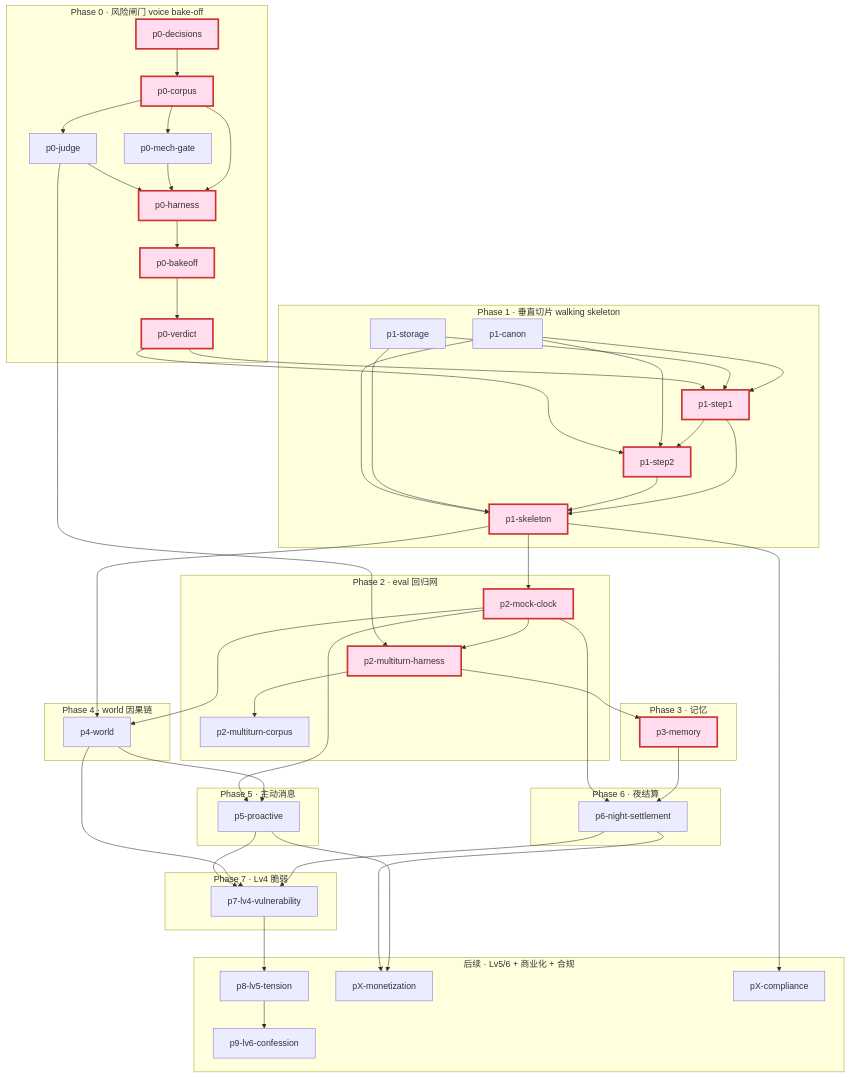
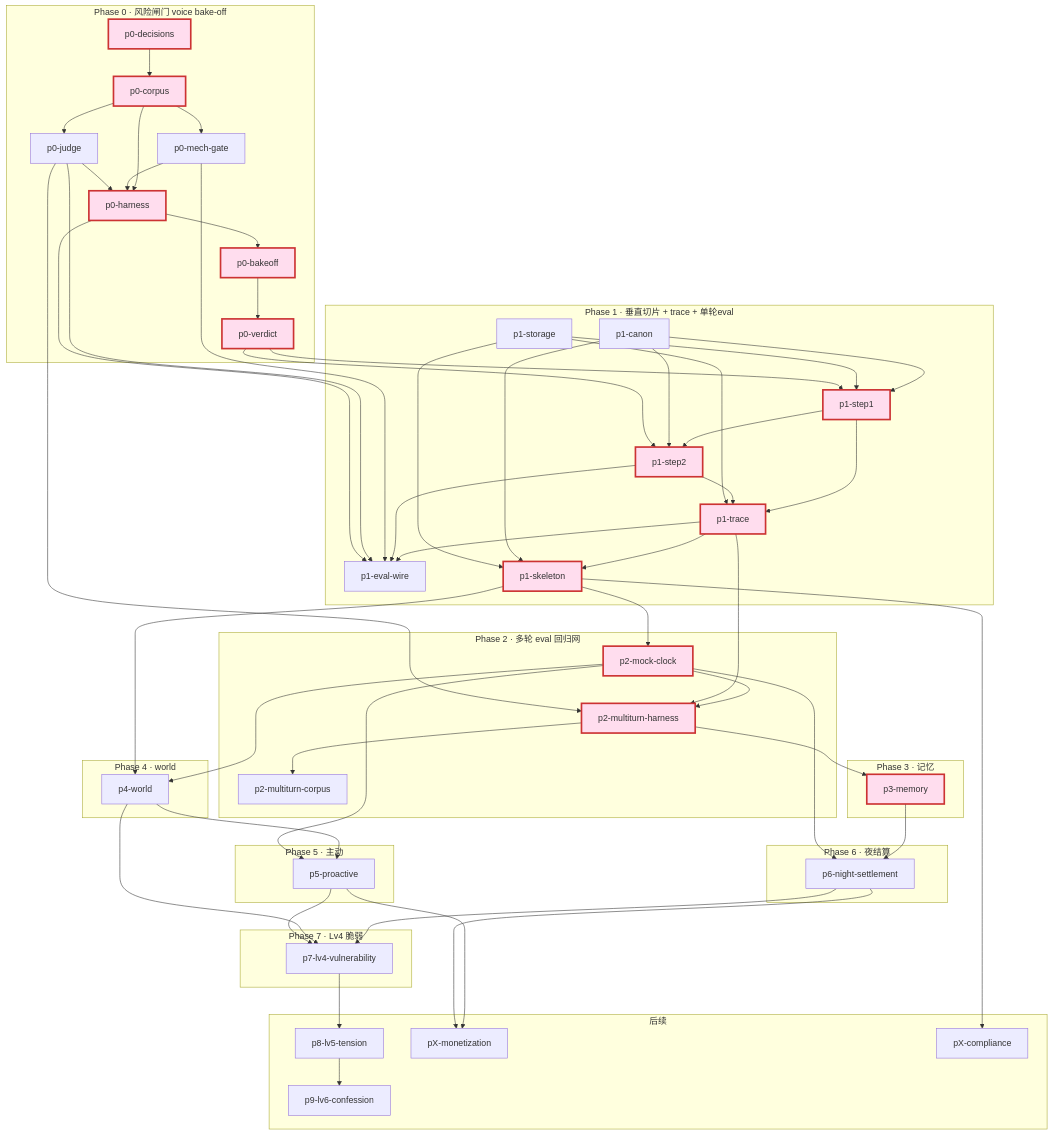
The diagram in tasks/todo.md (Leonxu6/Wren), drawn with Mermaid before and after one commit. The commit also changed other lines of this file and 3 other files, not shown here.

First line of the commit message:
docs: 每阶段验收 + 端到端样例对话 + eval 集 + trace(前移到 Phase 1)

````diff
--- a/tasks/todo.md
+++ b/tasks/todo.md
@@ -196,54 +204,50 @@
 ```mermaid
 graph TD
   subgraph P0[Phase 0 · 风险闸门 voice bake-off]
-    D0[p0-decisions]
-    C0[p0-corpus]
-    M0[p0-mech-gate]
-    J0[p0-judge]
-    H0[p0-harness]
-    B0[p0-bakeoff]
-    V0[p0-verdict]
-    D0 --> C0
-    C0 --> M0
-    C0 --> J0
-    C0 --> H0
+    D0[p0-decisions] --> C0[p0-corpus]
+    C0 --> M0[p0-mech-gate]
+    C0 --> J0[p0-judge]
+    C0 --> H0[p0-harness]
     M0 --> H0
     J0 --> H0
-    H0 --> B0
-    B0 --> V0
+    H0 --> B0[p0-bakeoff]
+    B0 --> V0[p0-verdict]
   end
 
-  subgraph P1[Phase 1 · 垂直切片 walking skeleton]
+  subgraph P1[Phase 1 · 垂直切片 + trace + 单轮eval]
     CN[p1-canon]
     ST[p1-storage]
     S1[p1-step1]
     S2[p1-step2]
+    TR[p1-trace]
+    EW[p1-eval-wire]
     SK[p1-skeleton]
     CN --> S1
     ST --> S1
     S1 --> S2
     CN --> S2
-    S1 --> SK
-    S2 --> SK
+    S1 --> TR
+    S2 --> TR
+    ST --> TR
+    TR --> SK
+    TR --> EW
+    S2 --> EW
+    CN --> SK
     ST --> SK
-    CN --> SK
   end
 
-  subgraph P2[Phase 2 · eval 回归网]
-    MC[p2-mock-clock]
-    MH[p2-multiturn-harness]
-    MCorp[p2-multiturn-corpus]
-    MC --> MH
-    MH --> MCorp
+  subgraph P2[Phase 2 · 多轮 eval 回归网]
+    MC[p2-mock-clock] --> MH[p2-multiturn-harness]
+    MH --> MCorp[p2-multiturn-corpus]
   end
 
   subgraph P3[Phase 3 · 记忆]
     MEM[p3-memory]
   end
-  subgraph P4[Phase 4 · world 因果链]
+  subgraph P4[Phase 4 · world]
     WD[p4-world]
   end
-  subgraph P5[Phase 5 · 主动消息]
+  subgraph P5[Phase 5 · 主动]
     PRO[p5-proactive]
   end
   subgraph P6[Phase 6 · 夜结算]
@@ -252,7 +256,7 @@
   subgraph P7[Phase 7 · Lv4 脆弱]
     LV4[p7-lv4-vulnerability]
   end
-  subgraph PL[后续 · Lv5/6 + 商业化 + 合规]
+  subgraph PL[后续]
     LV5[p8-lv5-tension]
     LV6[p9-lv6-confession]
     MON[pX-monetization]
@@ -261,7 +265,11 @@
 
   V0 --> S1
   V0 --> S2
+  M0 --> EW
+  J0 --> EW
+  H0 --> EW
   SK --> MC
+  TR --> MH
   J0 --> MH
   MH --> MEM
   MC --> WD
@@ -280,5 +288,5 @@
   SK --> CMP
 
   classDef crit fill:#fde,stroke:#c33,stroke-width:3px;
-  class D0,C0,H0,B0,V0,S1,S2,SK,MC,MH,MEM crit;
+  class D0,C0,H0,B0,V0,S1,S2,TR,SK,MC,MH,MEM crit;
 ```
````
